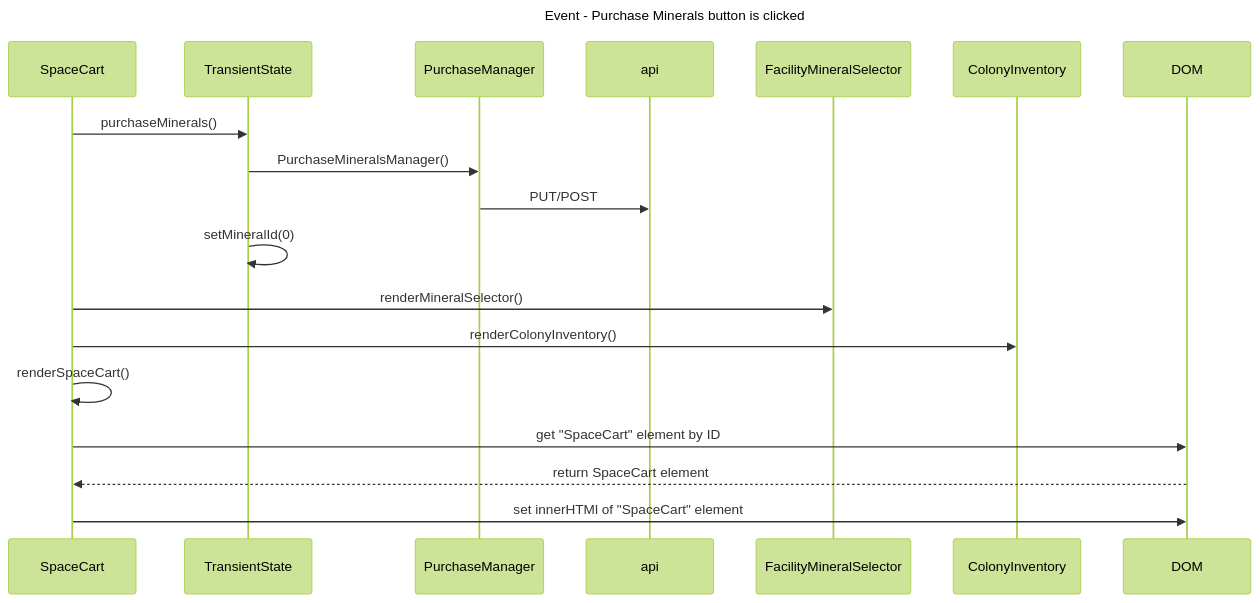
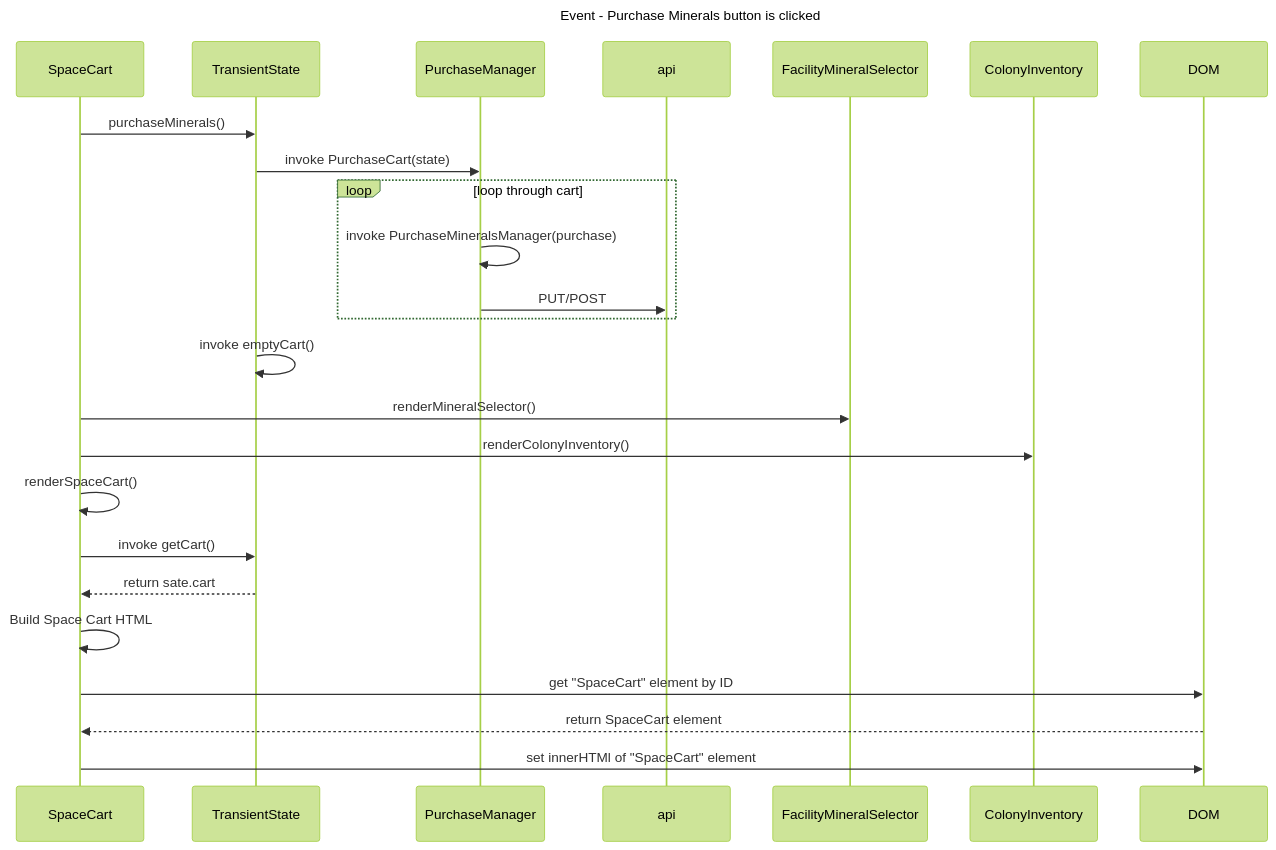
The fifth of 5 diagrams in sequenceDiagram.md (NSS-Day-Cohort-79/Exomine-client-pibikj), drawn with Mermaid (forest theme) before and after one commit. The commit also changed other lines of this file and 4 other files, not shown here.

Commit message:
Updated Notes and Sequence diagram to show planned changes - also added hackathon files from Greg

````diff
--- a/sequenceDiagram.md
+++ b/sequenceDiagram.md
@@ -145,17 +147,23 @@
 ``` mermaid
 
 sequenceDiagram
 
 Title: Event - Purchase Minerals button is clicked
 
 SpaceCart->>TransientState: purchaseMinerals()
-TransientState->>PurchaseManager: PurchaseMineralsManager()
-PurchaseManager->>api: PUT/POST
-TransientState->>TransientState: setMineralId(0)
+    TransientState->>PurchaseManager: invoke PurchaseCart(state)
+    loop loop through cart
+        PurchaseManager->>PurchaseManager: invoke PurchaseMineralsManager(purchase)
+            PurchaseManager->>api: PUT/POST
+    end
+    TransientState->>TransientState: invoke emptyCart()
 SpaceCart->>FacilityMineralSelector: renderMineralSelector()
 SpaceCart->>ColonyInventory: renderColonyInventory()
 SpaceCart->>SpaceCart: renderSpaceCart()
+SpaceCart->>TransientState: invoke getCart()
+TransientState-->>SpaceCart: return sate.cart
+SpaceCart->>SpaceCart: Build Space Cart HTML
 SpaceCart->>DOM: get "SpaceCart" element by ID
 DOM-->>SpaceCart: return SpaceCart element
 SpaceCart->>DOM: set innerHTMl of "SpaceCart" element 
 ```
````
